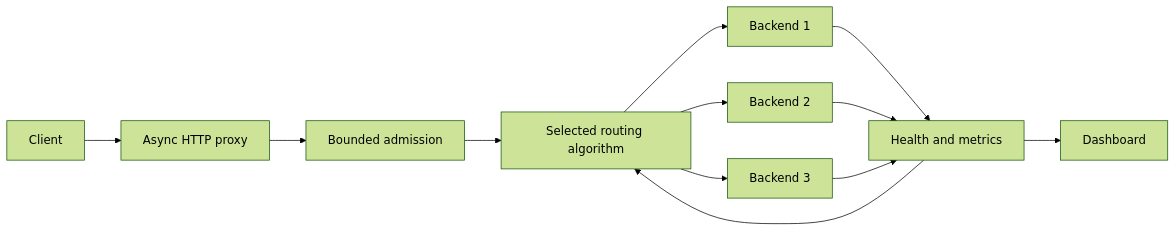
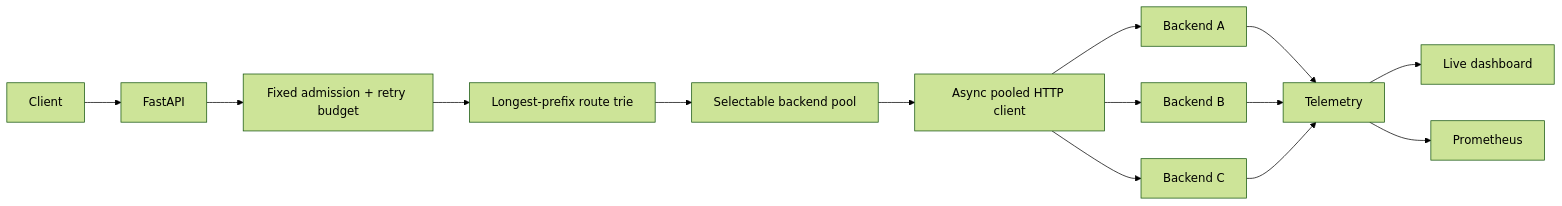
The diagram in README.md (ashoka0402/Adaptive-L7-Load-Balancer), drawn with Mermaid (forest theme) before and after one commit. The commit also changed other lines of this file and 70 other files, not shown here.

````diff
--- a/README.md
+++ b/README.md
@@ -33,14 +18,16 @@
 ```mermaid
 flowchart LR
-    Client --> Proxy[Async HTTP proxy]
-    Proxy --> Admission[Bounded admission]
-    Admission --> Router[Selected routing algorithm]
-    Router --> B1[Backend 1]
-    Router --> B2[Backend 2]
-    Router --> B3[Backend 3]
-    B1 --> Health[Health and metrics]
-    B2 --> Health
-    B3 --> Health
-    Health --> Router
-    Health --> Dashboard[Dashboard]
+  Client --> FastAPI
+  FastAPI --> Admission[Fixed admission + retry budget]
+  Admission --> Trie[Longest-prefix route trie]
+  Trie --> Pool[Selectable backend pool]
+  Pool --> HTTPX[Async pooled HTTP client]
+  HTTPX --> A[Backend A]
+  HTTPX --> B[Backend B]
+  HTTPX --> C[Backend C]
+  A --> Telemetry
+  B --> Telemetry
+  C --> Telemetry
+  Telemetry --> SSE[Live dashboard]
+  Telemetry --> Prometheus
 ```
````
